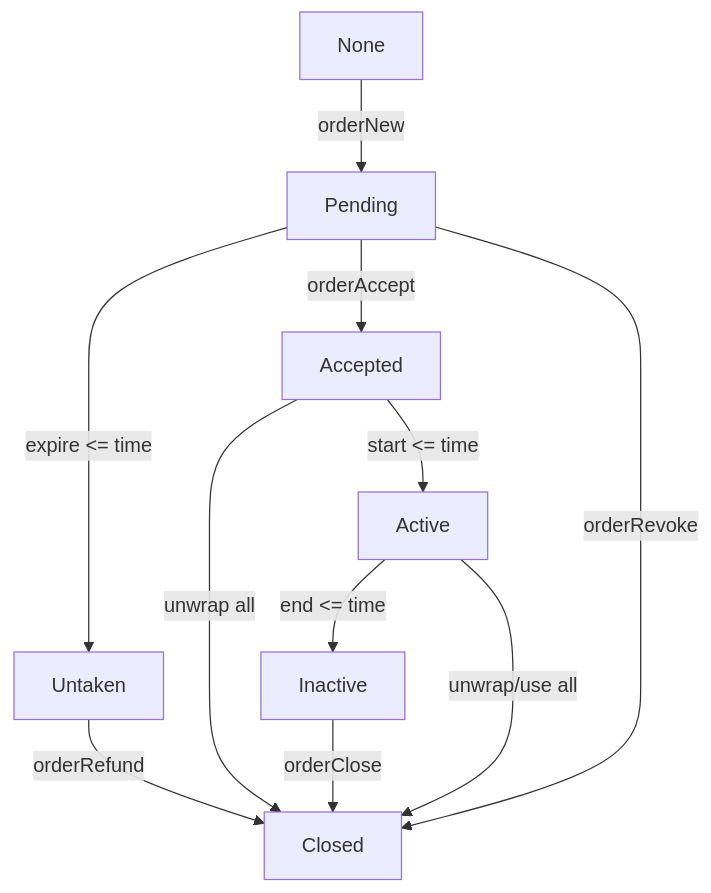
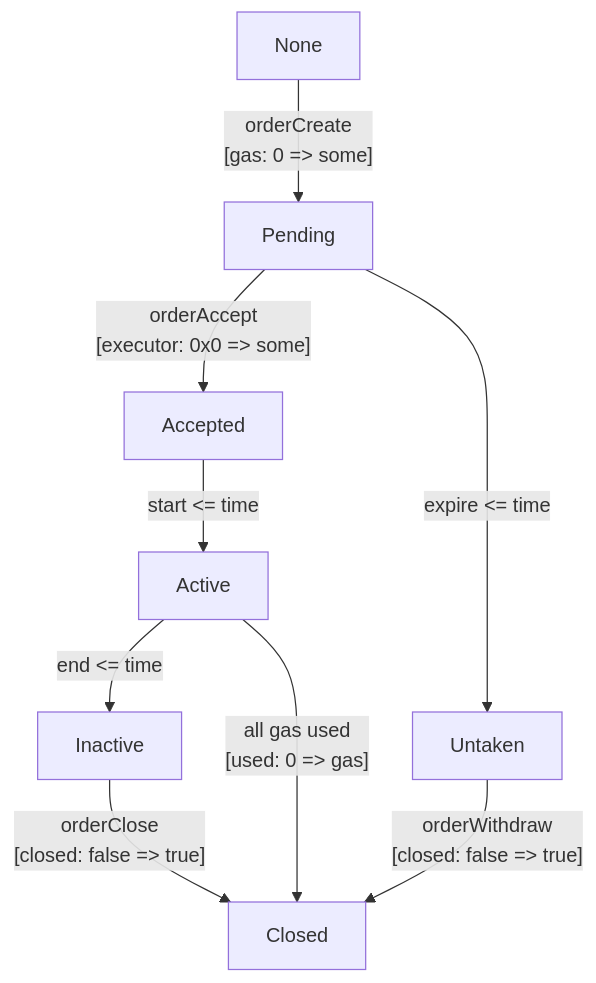
The diagram in README.md (prepaidGas/prepaidgas-dapp), drawn with Mermaid before and after one commit. The commit also changed other lines of this file and 5 other files, not shown here.

````diff
--- a/README.md
+++ b/README.md
@@ -13,14 +13,19 @@
 ```mermaid
 graph TB;
-Pending -- expire <= time --> Untaken
-Untaken -- orderRefund --> Closed
-Accepted -- unwrap all --> Closed
-%% Main stream
-None -- orderNew --> Pending
-Pending -- orderAccept --> Accepted
+
+None -- orderCreate
+[gas: 0 => some] --> Pending
+Pending -- orderAccept
+[executor: 0x0 => some] --> Accepted
 Accepted -- start <= time --> Active
 Active -- end <= time --> Inactive
-Inactive -- orderClose --> Closed
-Pending -- orderRevoke --> Closed
-Active -- unwrap/use all --> Closed
+Inactive -- orderClose
+[closed: false => true] --> Closed
+
+Pending -- expire <= time --> Untaken
+Untaken -- orderWithdraw
+[closed: false => true] --> Closed
+
+Active -- all gas used
+[used: 0 => gas] --> Closed
 ```
````
